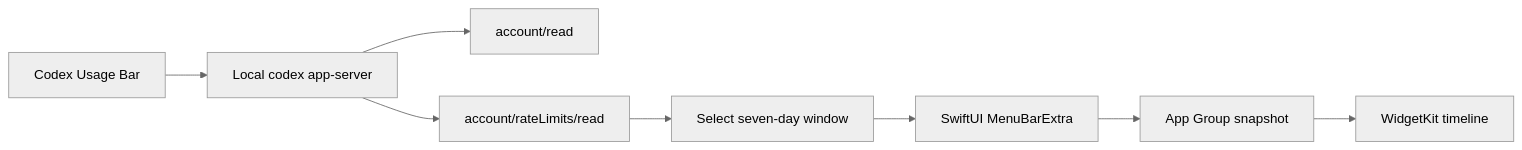
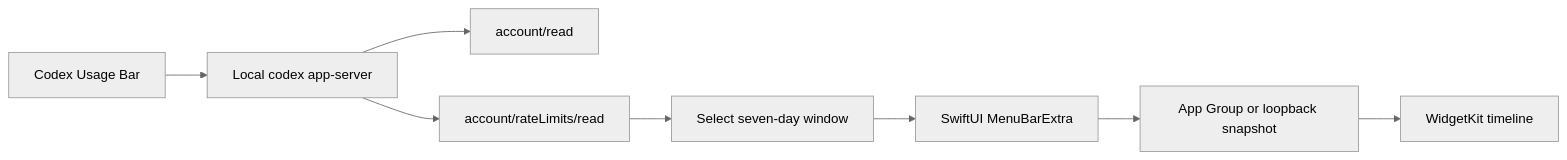
The diagram in README.md (CMMUU/codex-usage-bar), drawn with Mermaid (neutral theme) before and after one commit. The commit also changed other lines of this file and 18 other files, not shown here.

````diff
--- a/README.md
+++ b/README.md
@@ -99,10 +99,10 @@
 ```mermaid
 flowchart LR
     A["Codex Usage Bar"] --> B["Local codex app-server"]
     B --> C["account/read"]
     B --> D["account/rateLimits/read"]
     D --> E["Select seven-day window"]
     E --> F["SwiftUI MenuBarExtra"]
-    F --> G["App Group snapshot"]
+    F --> G["App Group or loopback snapshot"]
     G --> H["WidgetKit timeline"]
 ```
````
